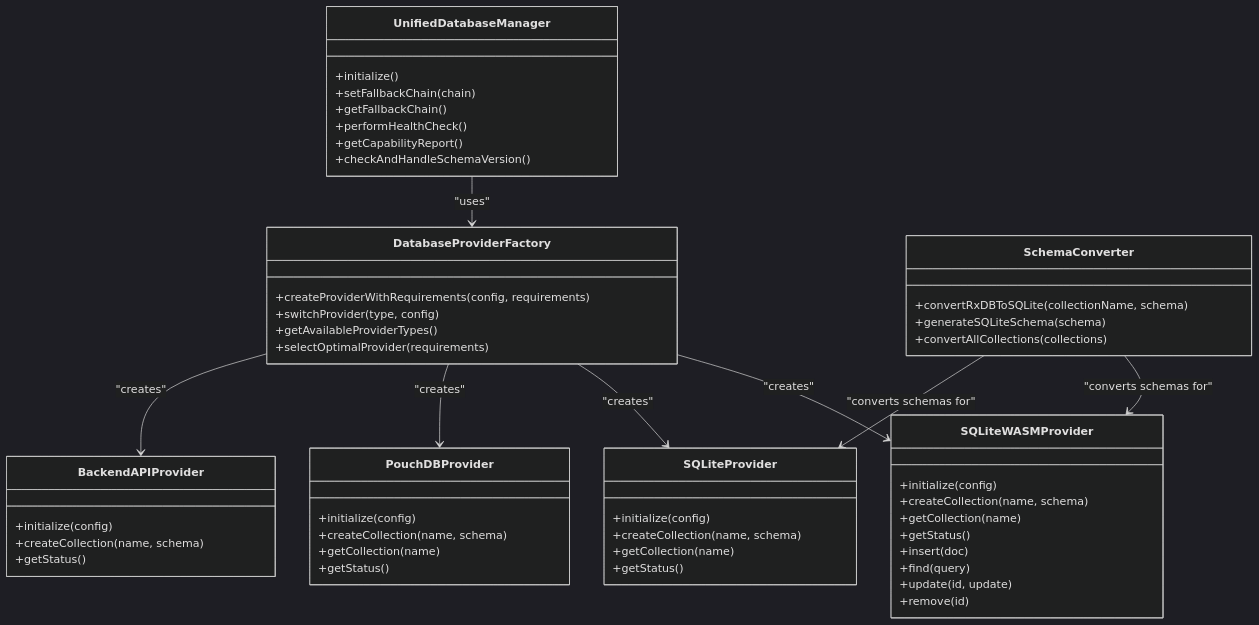
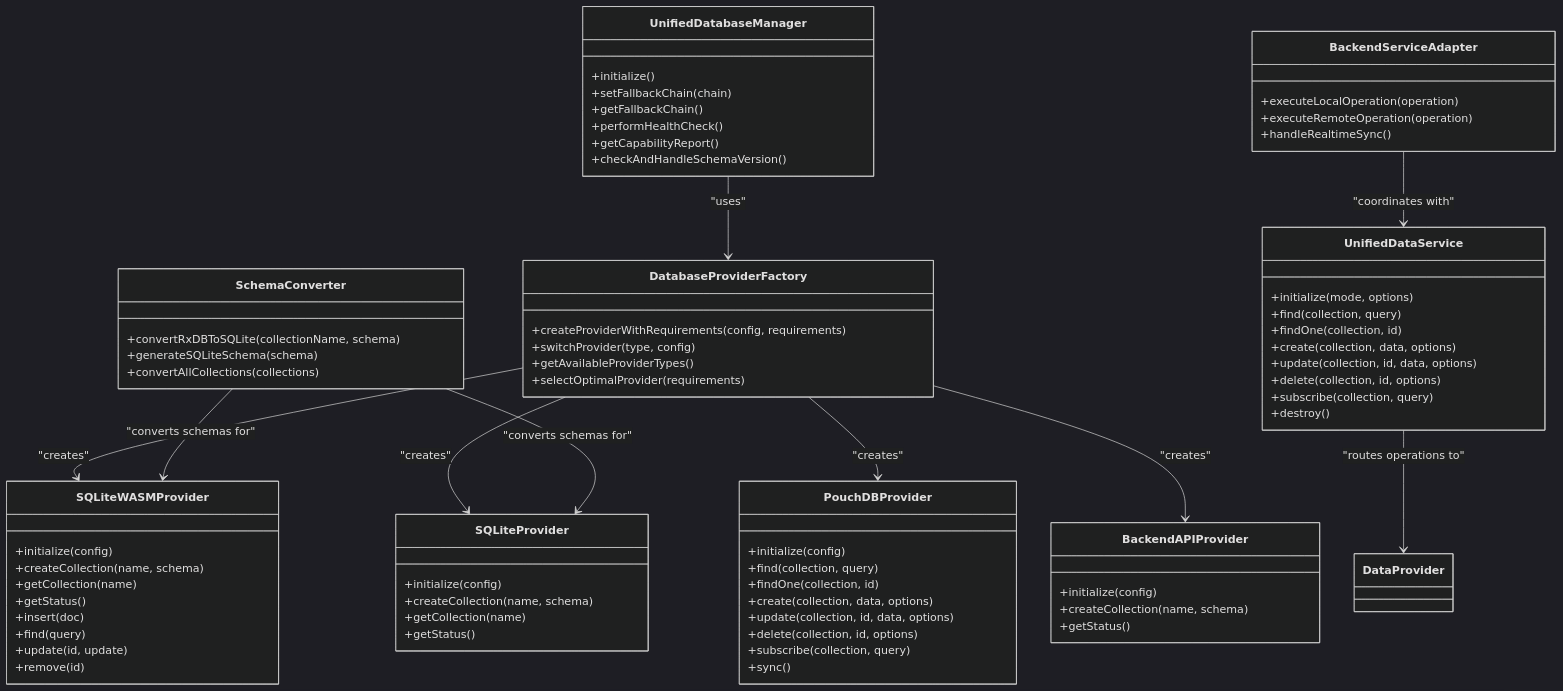
Before and after one commit to geniusdynamics/schoolpilot: the second of 2 diagrams in .qoder/repowiki/en/content/Architecture Overview/Data Layer Architecture.md, drawn with Mermaid (dark theme). The commit also changed other lines of this file and 21 other files, not shown here.

````diff
--- a/.qoder/repowiki/en/content/Architecture Overview/Data Layer Architecture.md
+++ b/.qoder/repowiki/en/content/Architecture Overview/Data Layer Architecture.md
@@ -179,56 +239,77 @@
 ```mermaid
 classDiagram
 class UnifiedDatabaseManager {
 +initialize()
 +setFallbackChain(chain)
 +getFallbackChain()
 +performHealthCheck()
 +getCapabilityReport()
 +checkAndHandleSchemaVersion()
+}
+class UnifiedDataService {
++initialize(mode, options)
++find(collection, query)
++findOne(collection, id)
++create(collection, data, options)
++update(collection, id, data, options)
++delete(collection, id, options)
++subscribe(collection, query)
++destroy()
 }
 class DatabaseProviderFactory {
 +createProviderWithRequirements(config, requirements)
 +switchProvider(type, config)
 +getAvailableProviderTypes()
 +selectOptimalProvider(requirements)
 }
 class SchemaConverter {
 +convertRxDBToSQLite(collectionName, schema)
 +generateSQLiteSchema(schema)
 +convertAllCollections(collections)
 }
 class SQLiteWASMProvider {
 +initialize(config)
 +createCollection(name, schema)
 +getCollection(name)
 +getStatus()
 +insert(doc)
 +find(query)
 +update(id, update)
 +remove(id)
 }
 class SQLiteProvider {
 +initialize(config)
 +createCollection(name, schema)
 +getCollection(name)
 +getStatus()
 }
 class PouchDBProvider {
 +initialize(config)
-+createCollection(name, schema)
-+getCollection(name)
-+getStatus()
++find(collection, query)
++findOne(collection, id)
++create(collection, data, options)
++update(collection, id, data, options)
++delete(collection, id, options)
++subscribe(collection, query)
++sync()
 }
 class BackendAPIProvider {
 +initialize(config)
 +createCollection(name, schema)
 +getStatus()
 }
+class BackendServiceAdapter {
++executeLocalOperation(operation)
++executeRemoteOperation(operation)
++handleRealtimeSync()
+}
 UnifiedDatabaseManager --> DatabaseProviderFactory : "uses"
+UnifiedDataService --> DataProvider : "routes operations to"
 DatabaseProviderFactory --> SQLiteWASMProvider : "creates"
 DatabaseProviderFactory --> SQLiteProvider : "creates"
 DatabaseProviderFactory --> PouchDBProvider : "creates"
 DatabaseProviderFactory --> BackendAPIProvider : "creates"
 SchemaConverter --> SQLiteWASMProvider : "converts schemas for"
 SchemaConverter --> SQLiteProvider : "converts schemas for"
+BackendServiceAdapter --> UnifiedDataService : "coordinates with"
 ```
````
